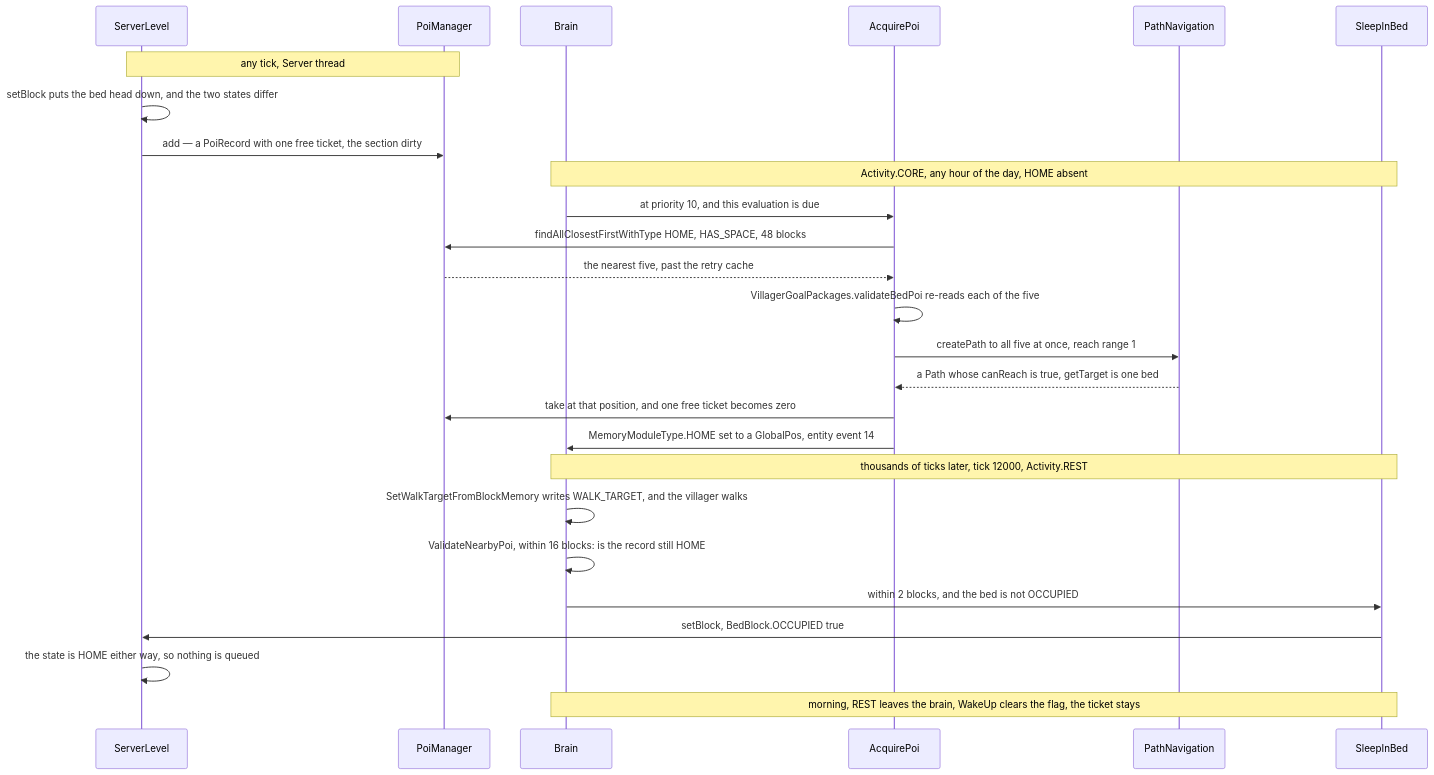
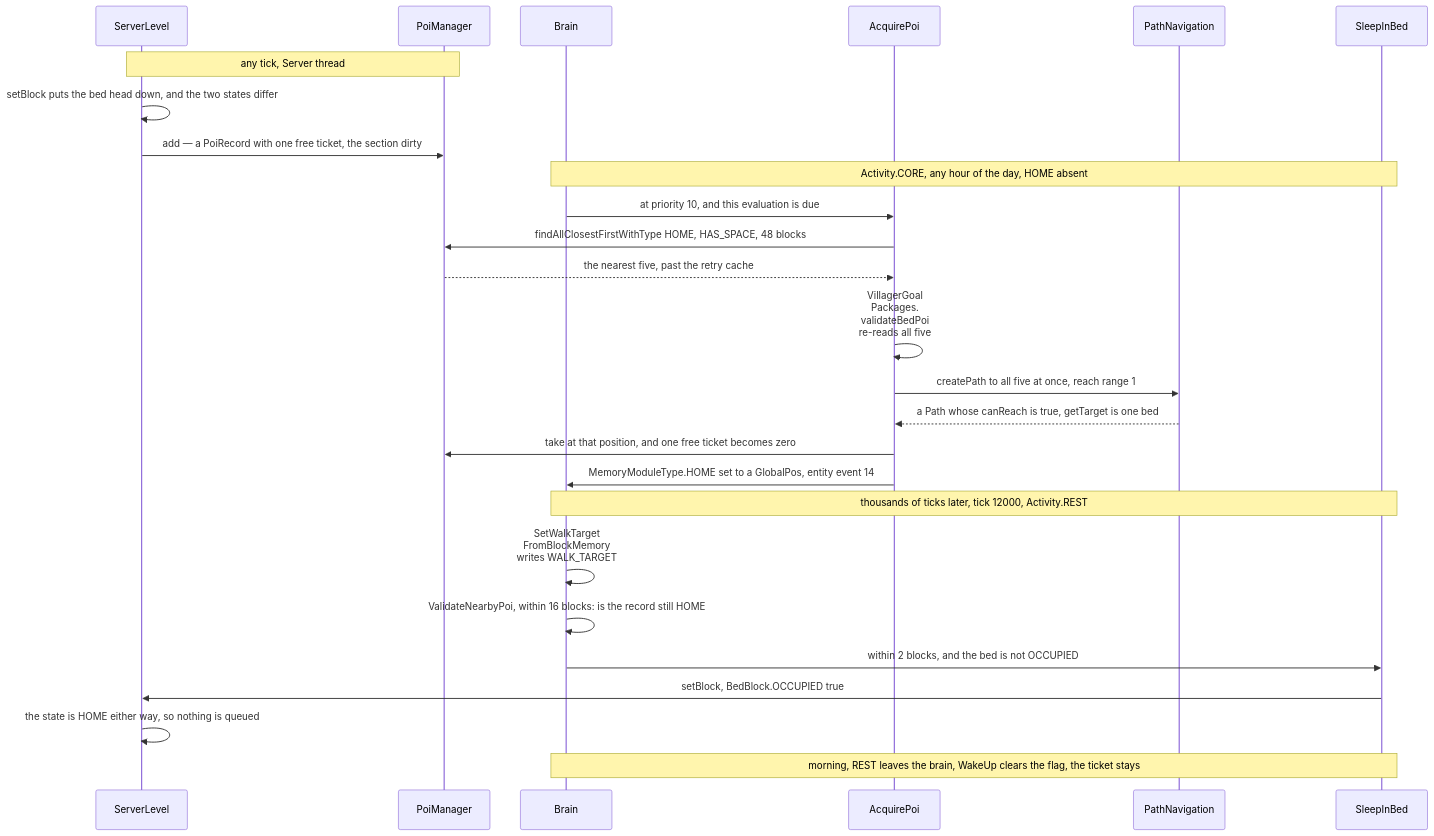
The second of 2 diagrams in src/systems/world/points-of-interest.md (AlexanderjFraser/MinecraftDocs), drawn with Mermaid before and after one commit. The commit also changed 55 other files, not shown here.

First line of the commit message:
pass 7, session O — the close, before K: the figure gate strict, the landing figures read as one set, and one strike in thirty not borne out

````diff
--- a/src/systems/world/points-of-interest.md
+++ b/src/systems/world/points-of-interest.md
@@ -185,29 +185,29 @@
 ```mermaid
 sequenceDiagram
     participant SL as ServerLevel
     participant PM as PoiManager
     participant Brain as Brain
     participant AP as AcquirePoi
     participant PN as PathNavigation
     participant SIB as SleepInBed
 
     Note over SL,PM: any tick, Server thread
     SL->>SL: setBlock puts the bed head down, and the two states differ
     SL->>PM: add — a PoiRecord with one free ticket, the section dirty
     Note over Brain,SIB: Activity.CORE, any hour of the day, HOME absent
     Brain->>AP: at priority 10, and this evaluation is due
     AP->>PM: findAllClosestFirstWithType HOME, HAS_SPACE, 48 blocks
     PM-->>AP: the nearest five, past the retry cache
-    AP->>AP: VillagerGoalPackages.validateBedPoi re-reads each of the five
+    AP->>AP: VillagerGoal<br/>Packages.<br/>validateBedPoi<br/>re-reads all five
     AP->>PN: createPath to all five at once, reach range 1
     PN-->>AP: a Path whose canReach is true, getTarget is one bed
     AP->>PM: take at that position, and one free ticket becomes zero
     AP->>Brain: MemoryModuleType.HOME set to a GlobalPos, entity event 14
     Note over Brain,SIB: thousands of ticks later, tick 12000, Activity.REST
-    Brain->>Brain: SetWalkTargetFromBlockMemory writes WALK_TARGET, and the villager walks
+    Brain->>Brain: SetWalkTarget<br/>FromBlockMemory<br/>writes WALK_TARGET
     Brain->>Brain: ValidateNearbyPoi, within 16 blocks: is the record still HOME
     Brain->>SIB: within 2 blocks, and the bed is not OCCUPIED
     SIB->>SL: setBlock, BedBlock.OCCUPIED true
     SL->>SL: the state is HOME either way, so nothing is queued
     Note over Brain,SIB: morning, REST leaves the brain, WakeUp clears the flag, the ticket stays
 ```
````
